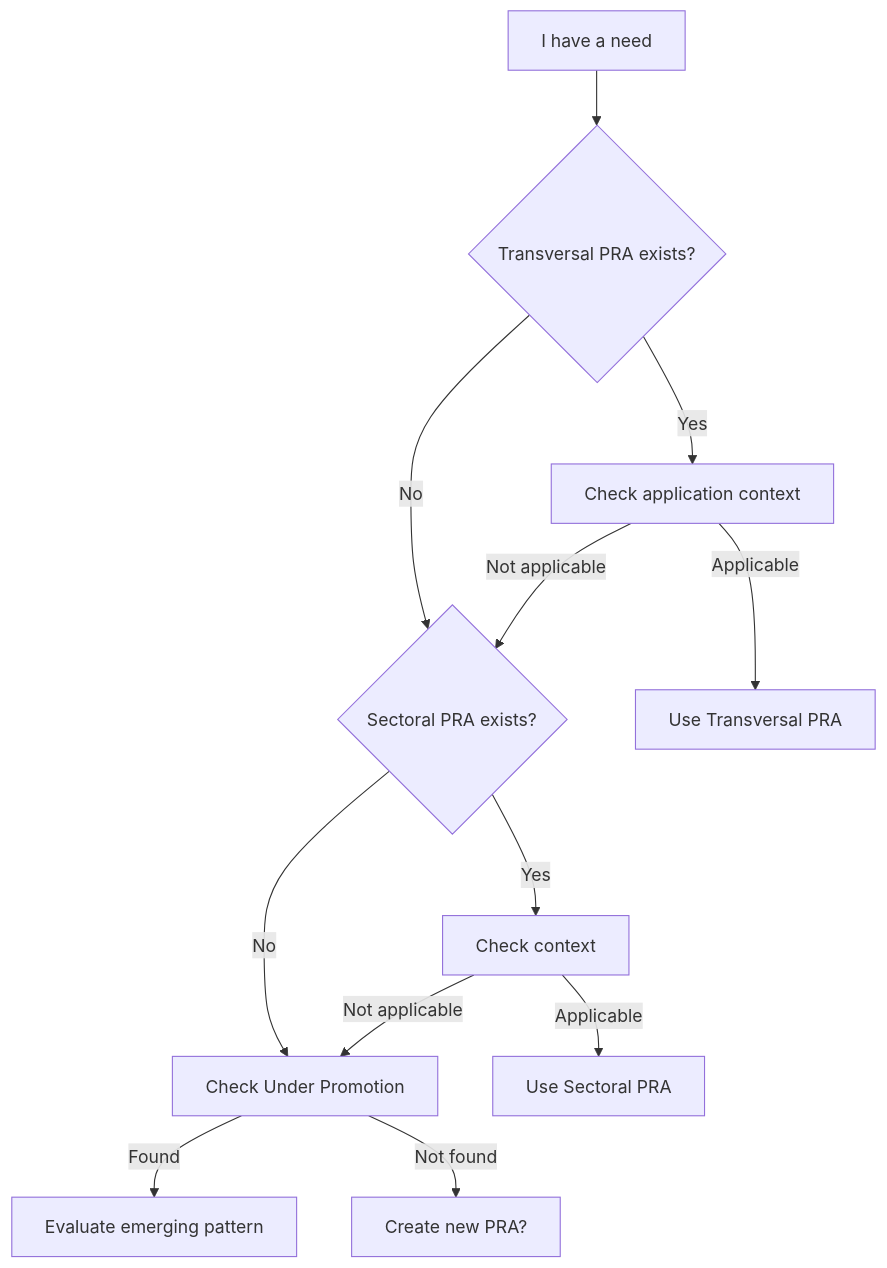
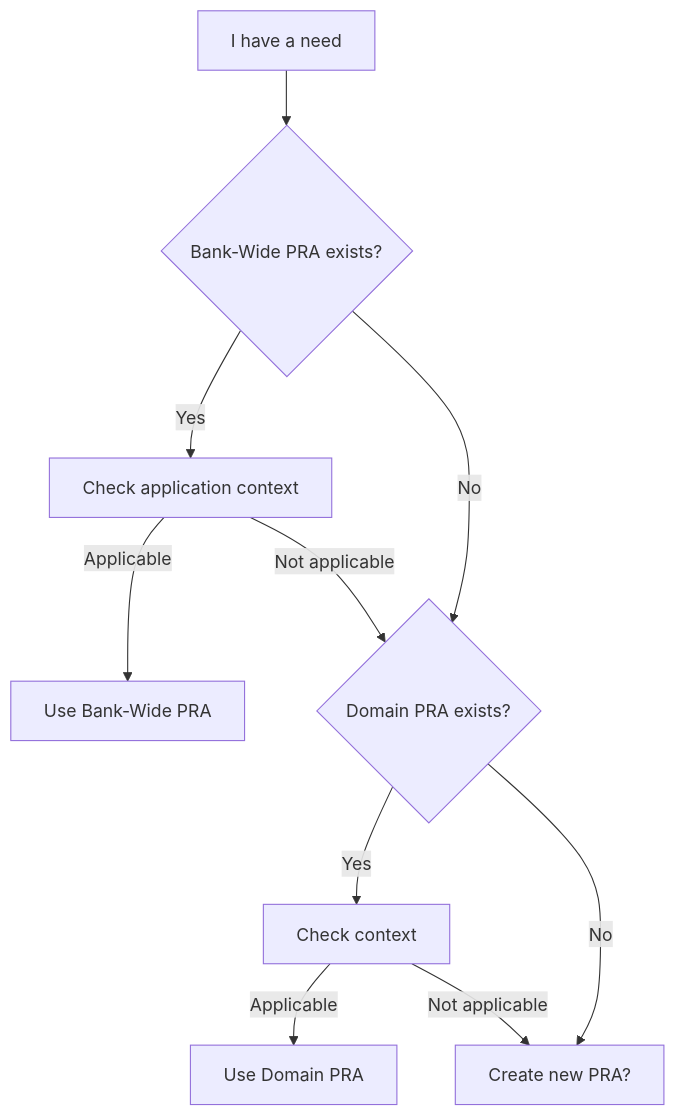
Before and after one commit to KiyaliHQ/proven-reusable-architecture: the sixth of 6 diagrams in site/content/en/guides/02-understanding-pra.md, drawn with Mermaid. The commit also changed other lines of this file and 1 other file, not shown here.

First line of the commit message:
fix: guide 02 (FR + EN) - correct terminology and remove 'En Promotion' section

````diff
--- a/site/content/en/guides/02-understanding-pra.md
+++ b/site/content/en/guides/02-understanding-pra.md
@@ -230,18 +210,15 @@
 ```mermaid
 graph TD
-    A[I have a need] --> B{Transversal PRA exists?}
+    A[I have a need] --> B{Bank-Wide PRA exists?}
     B -->|Yes| C[Check application context]
-    B -->|No| D{Sectoral PRA exists?}
+    B -->|No| D{Domain PRA exists?}
 
-    C -->|Applicable| E[Use Transversal PRA]
+    C -->|Applicable| E[Use Bank-Wide PRA]
     C -->|Not applicable| D
 
     D -->|Yes| F[Check context]
-    D -->|No| G[Check Under Promotion]
+    D -->|No| G[Create new PRA?]
 
-    F -->|Applicable| H[Use Sectoral PRA]
+    F -->|Applicable| H[Use Domain PRA]
     F -->|Not applicable| G
-
-    G -->|Found| I[Evaluate emerging pattern]
-    G -->|Not found| J[Create new PRA?]
 ```
````
